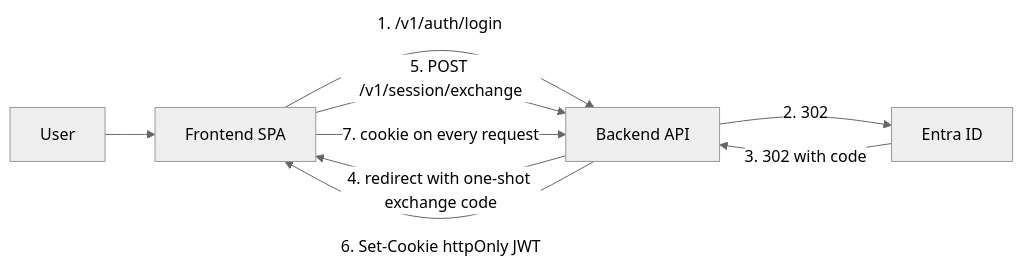
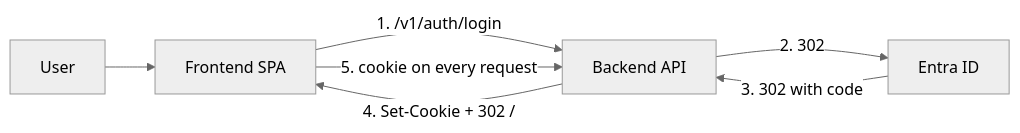
One commit to EPFL-ENAC/co2-calculator changed the first of 3 diagrams in docs/src/architecture/04-auth-flow.md. Above: the diagram before and after it, drawn with Mermaid (neutral theme). The commit also changed other lines of this file and 1 other file, not shown here.

First line of the commit message:
docs: update auth-flow doc and mark ADR-019 superseded

````diff
--- a/docs/src/architecture/04-auth-flow.md
+++ b/docs/src/architecture/04-auth-flow.md
@@ -12,11 +12,9 @@
 ```mermaid
 flowchart LR
     U[User] --> SPA[Frontend SPA]
     SPA -->|1. /v1/auth/login| API[Backend API]
     API -->|2. 302| Entra[Entra ID]
     Entra -->|3. 302 with code| API
-    API -->|4. redirect with one-shot exchange code| SPA
-    SPA -->|5. POST /v1/session/exchange| API
-    API -->|6. Set-Cookie httpOnly JWT| SPA
-    SPA -->|7. cookie on every request| API
+    API -->|4. Set-Cookie + 302 /| SPA
+    SPA -->|5. cookie on every request| API
 ```
````
